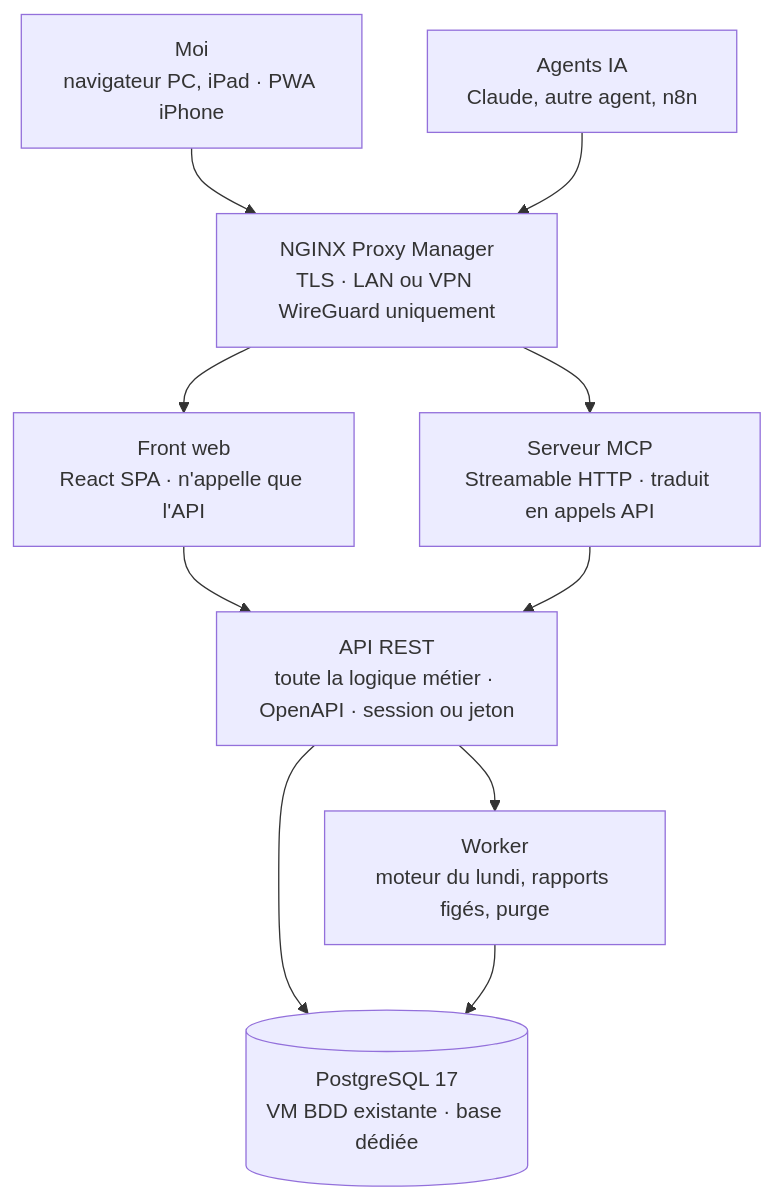
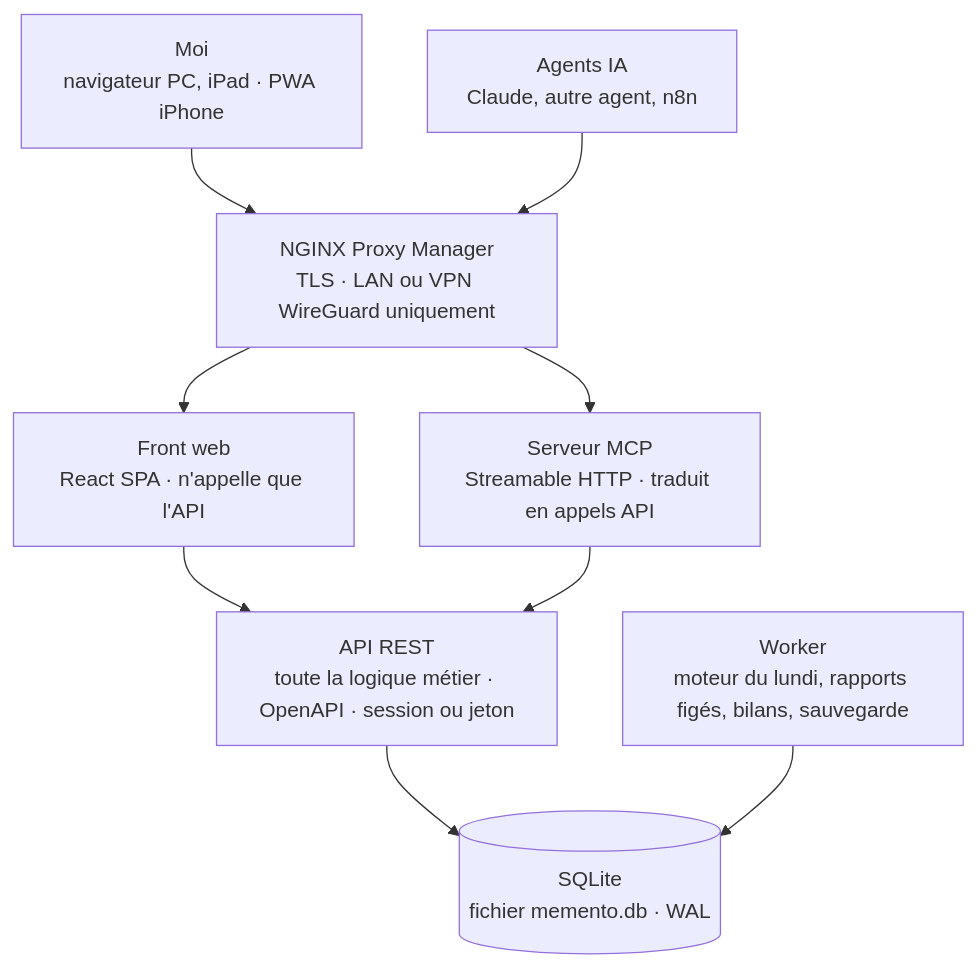
The first of 2 diagrams in docs/02-dossier-dev.md (morphe777/memento), drawn with Mermaid before and after one commit. The commit also changed other lines of this file and 8 other files, not shown here.

````diff
--- a/docs/02-dossier-dev.md
+++ b/docs/02-dossier-dev.md
@@ -39,12 +39,11 @@
 ```mermaid
 flowchart TD
   ME["Moi<br/>navigateur PC, iPad · PWA iPhone"] --> NPM
   IA["Agents IA<br/>Claude, autre agent, n8n"] --> NPM
   NPM["NGINX Proxy Manager<br/>TLS · LAN ou VPN WireGuard uniquement"] --> WEB["Front web<br/>React SPA · n'appelle que l'API"]
   NPM --> MCP["Serveur MCP<br/>Streamable HTTP · traduit en appels API"]
   WEB --> API["API REST<br/>toute la logique métier · OpenAPI · session ou jeton"]
   MCP --> API
-  API --> DB[("PostgreSQL 17<br/>VM BDD existante · base dédiée")]
-  API --> WK["Worker<br/>moteur du lundi, rapports figés, purge"]
-  WK --> DB
+  API --> DB[("SQLite<br/>fichier memento.db · WAL")]
+  WK["Worker<br/>moteur du lundi, rapports figés, bilans, sauvegarde"] --> DB
 ```
````
